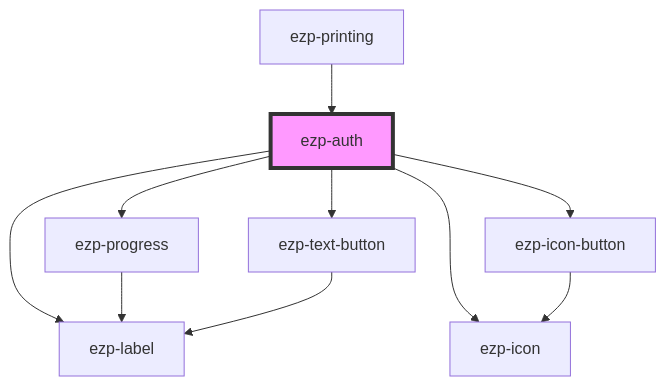
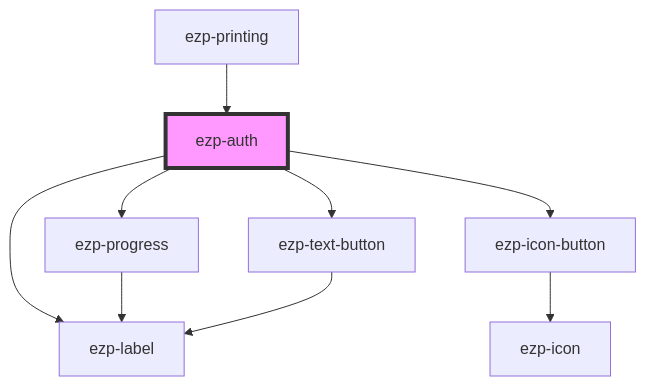
One commit to ezeep/ezeep-js changed the diagram in src/components/ezp-auth/readme.md. Above: the diagram before and after it, drawn with Mermaid. The commit also changed other lines of this file and 41 other files, not shown here.

````diff
--- a/src/components/ezp-auth/readme.md
+++ b/src/components/ezp-auth/readme.md
@@ -36,13 +35,12 @@
 ```mermaid
 graph TD;
   ezp-auth --> ezp-progress
   ezp-auth --> ezp-icon-button
-  ezp-auth --> ezp-icon
   ezp-auth --> ezp-label
   ezp-auth --> ezp-text-button
   ezp-progress --> ezp-label
   ezp-icon-button --> ezp-icon
   ezp-text-button --> ezp-label
   ezp-printing --> ezp-auth
   style ezp-auth fill:#f9f,stroke:#333,stroke-width:4px
 ```
````
